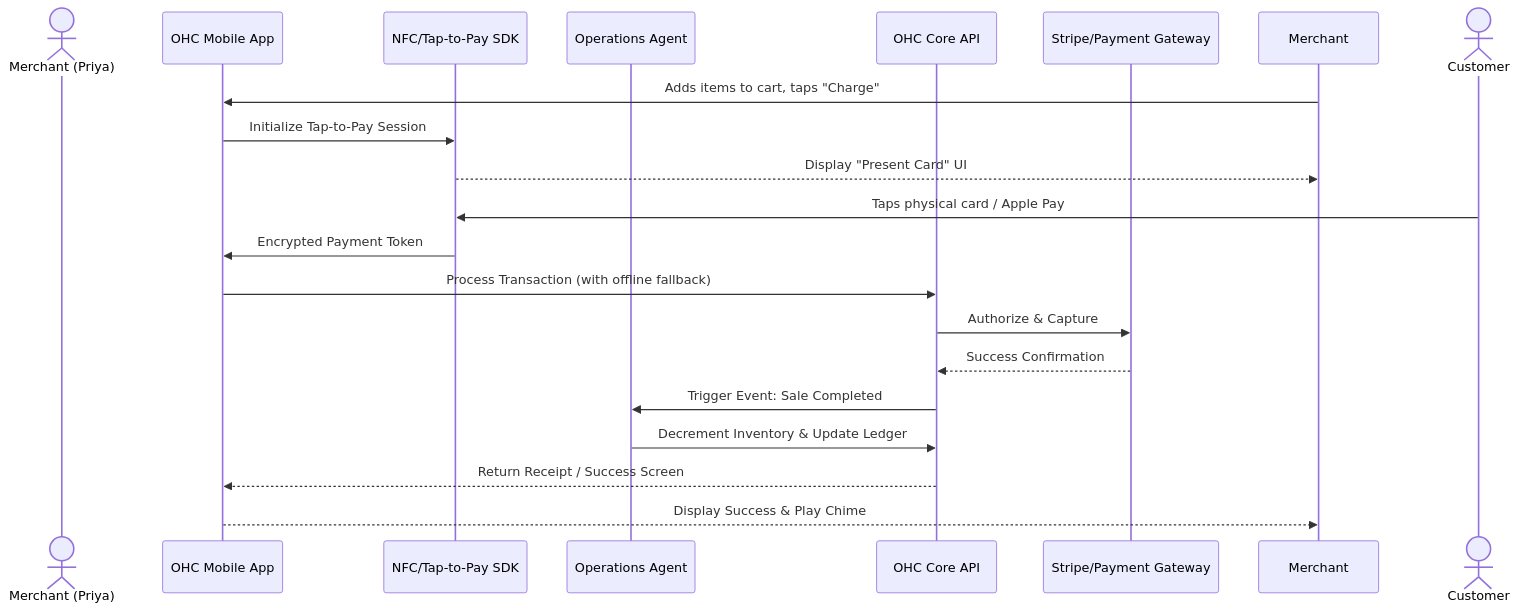
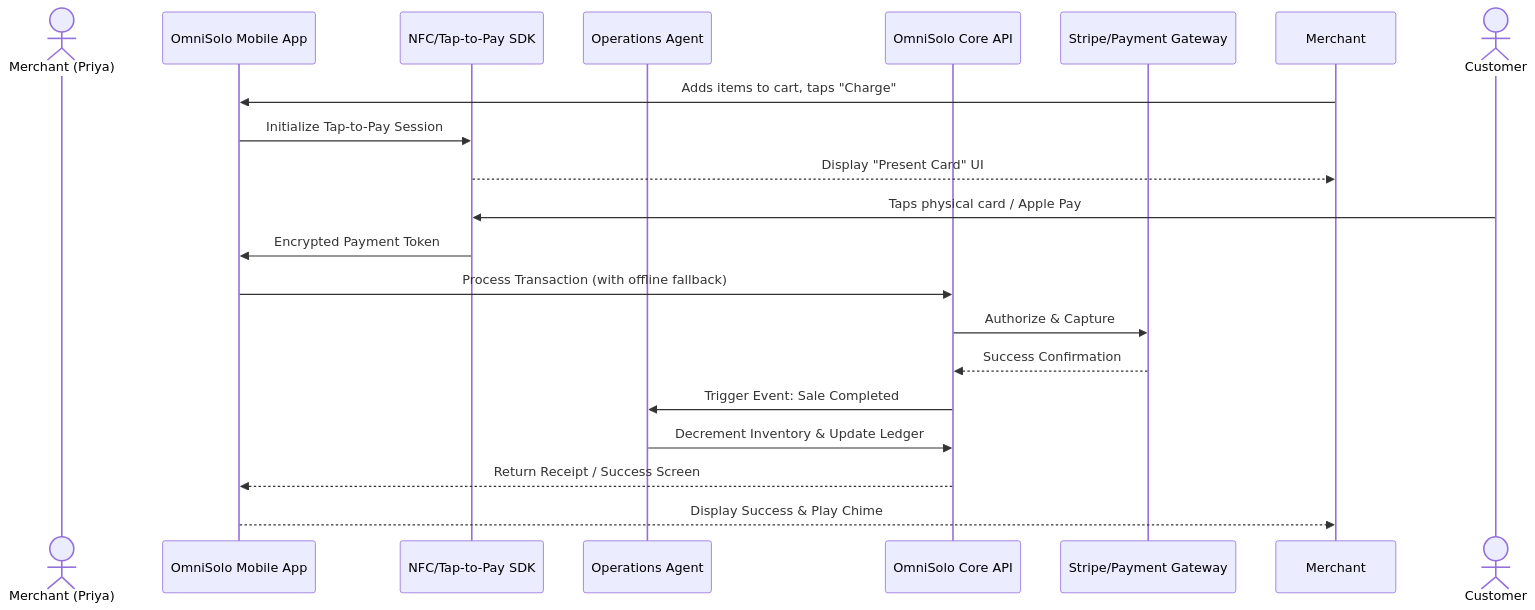
One commit to omnisolo-llc/onehumancorp changed the second of 2 diagrams in docs/research/[architecture]_tap_to_pay_pos.md. Above: the diagram before and after it, drawn with Mermaid. The commit also changed other lines of this file and 2191 other files, not shown here.

Commit message:
feat: complete OmniSolo rename and browser audit

````diff
--- a/docs/research/[architecture]_tap_to_pay_pos.md
+++ b/docs/research/[architecture]_tap_to_pay_pos.md
@@ -65,23 +65,23 @@
 ```mermaid
 sequenceDiagram
     actor Merchant (Priya)
-    participant App as OHC Mobile App
+    participant App as OmniSolo Mobile App
     participant Terminal as NFC/Tap-to-Pay SDK
     participant OpsAgent as Operations Agent
-    participant CoreAPI as OHC Core API
+    participant CoreAPI as OmniSolo Core API
     participant PaymentGW as Stripe/Payment Gateway
 
     Merchant->>App: Adds items to cart, taps "Charge"
     App->>Terminal: Initialize Tap-to-Pay Session
     Terminal-->>Merchant: Display "Present Card" UI
     actor Customer
     Customer->>Terminal: Taps physical card / Apple Pay
     Terminal->>App: Encrypted Payment Token
     App->>CoreAPI: Process Transaction (with offline fallback)
     CoreAPI->>PaymentGW: Authorize & Capture
     PaymentGW-->>CoreAPI: Success Confirmation
     CoreAPI->>OpsAgent: Trigger Event: Sale Completed
     OpsAgent->>CoreAPI: Decrement Inventory & Update Ledger
     CoreAPI-->>App: Return Receipt / Success Screen
     App-->>Merchant: Display Success & Play Chime
 ```
````
